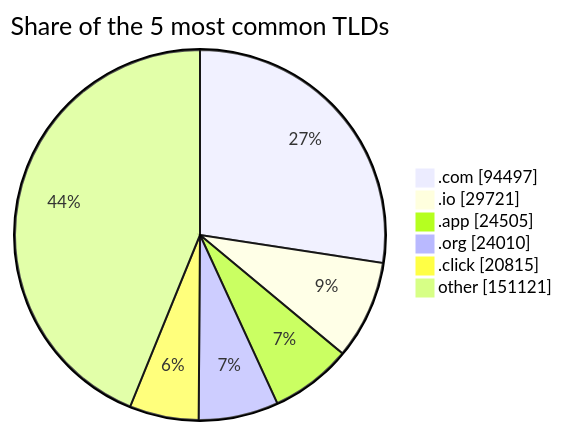
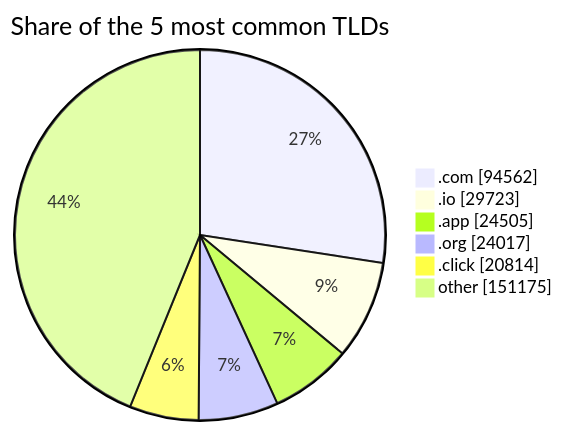
One commit to DNSBunker/CTI changed the third of 3 diagrams in README.md. Above: the diagram before and after it, drawn with Mermaid. The commit also changed other lines of this file and 3 other files, not shown here.

````diff
--- a/README.md
+++ b/README.md
@@ -81,9 +81,9 @@
 ```mermaid
 pie showData title Share of the 5 most common TLDs
-    ".com" : 94497
-    ".io" : 29721
+    ".com" : 94562
+    ".io" : 29723
     ".app" : 24505
-    ".org" : 24010
-    ".click" : 20815
-    "other" : 151121
+    ".org" : 24017
+    ".click" : 20814
+    "other" : 151175
 ```
````
